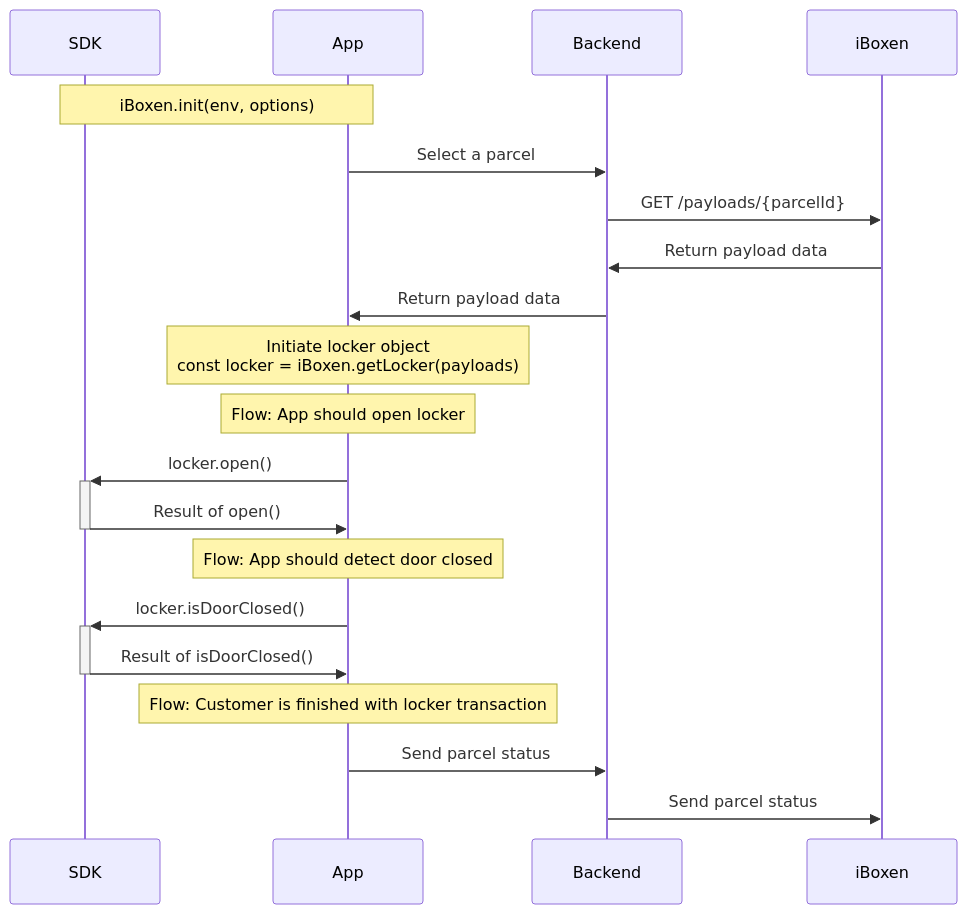
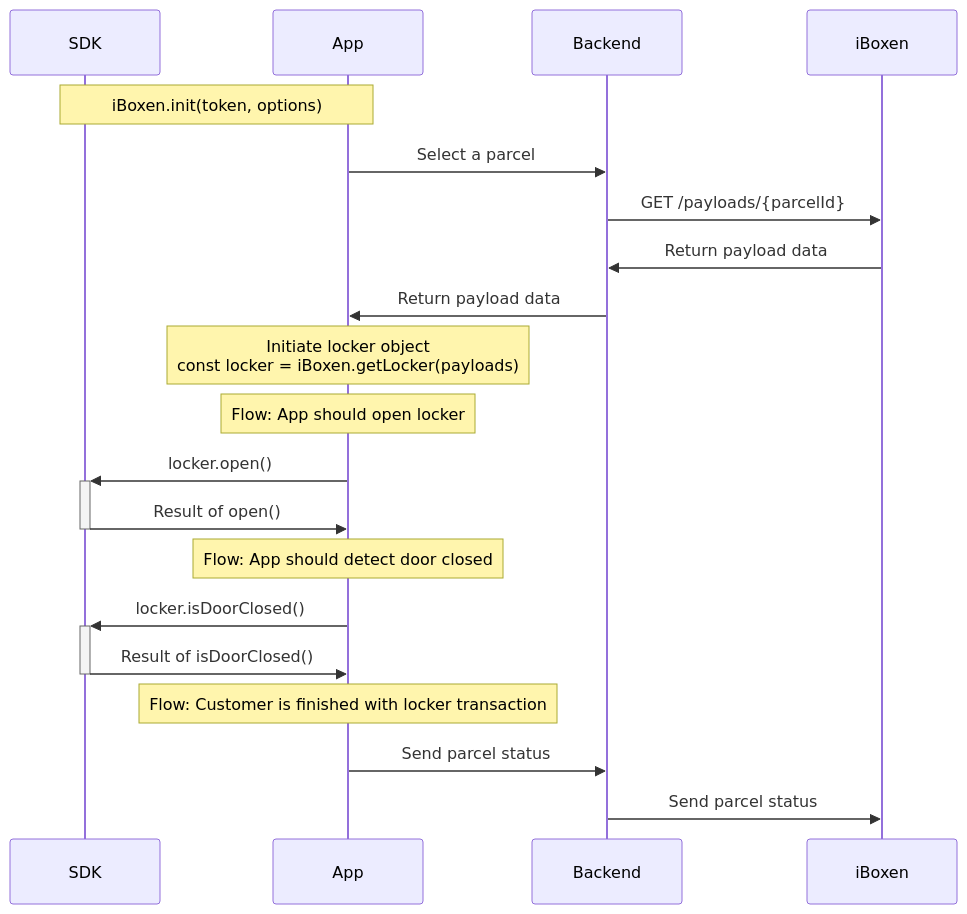
The diagram in v1.0.1/reactnative/open-locker-flow.mmd (iBoxen/QiD-SDK), drawn with Mermaid before and after one commit. The commit also changed 1 other file, not shown here.

Commit message:
update mermaid chart

````diff
--- a/v1.0.1/reactnative/open-locker-flow.mmd
+++ b/v1.0.1/reactnative/open-locker-flow.mmd
@@ -1,24 +1,24 @@
 ```mermaid
 sequenceDiagram
-    note over SDK, App: iBoxen.init(env, options)
+    note over SDK, App: iBoxen.init(token, options)
 
     App->>Backend: Select a parcel
     Backend->>iBoxen: GET /payloads/{parcelId}
     iBoxen->>Backend: Return payload data
 
     Backend->>App: Return payload data
     note over App: Initiate locker object<br>const locker = iBoxen.getLocker(payloads)
     
     note over App: Flow: App should open locker
     App->>+SDK: locker.open()
     SDK->>-App: Result of open()
 
     note over App: Flow: App should detect door closed
 
     App->>+SDK: locker.isDoorClosed()
     SDK->>-App: Result of isDoorClosed()
 
     note over App: Flow: Customer is finished with locker transaction
     App->>Backend: Send parcel status
     Backend->>iBoxen: Send parcel status
 ```
````
